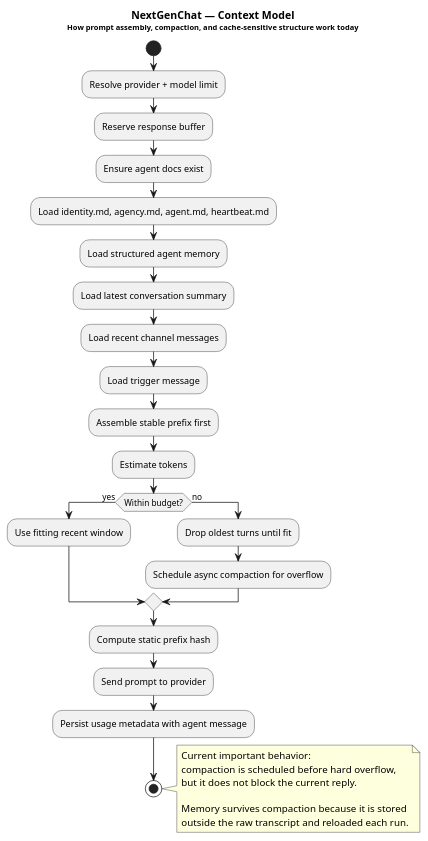
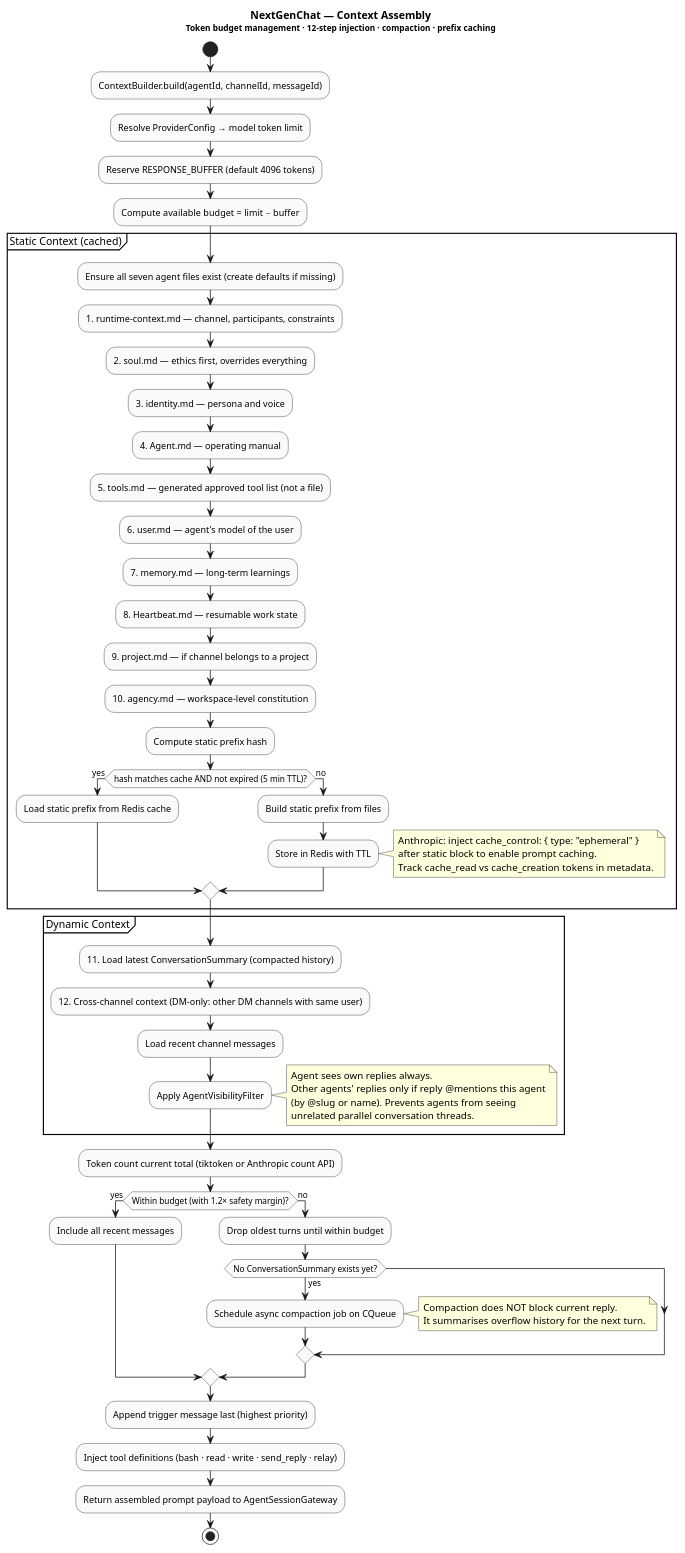
Before and after one commit to AmmarAlasad/NextGenChat: the sixth of 8 diagrams in architecture.puml, drawn with PlantUML. The commit also changed other lines of this file and 2 other files, not shown here.

```diff
--- a/architecture.puml
+++ b/architecture.puml
@@ -178,37 +548,73 @@
-@startuml ContextModel
-title <b>NextGenChat — Context Model</b>\n<size:10>How prompt assembly, compaction, and cache-sensitive structure work today</size>
+@startuml ContextAssembly
+title <b>NextGenChat — Context Assembly</b>\n<size:11>Token budget management · 12-step injection · compaction · prefix caching</size>
+skinparam defaultFontName Helvetica
+skinparam ActivityBackgroundColor #FAFAFA
+
 start
 
-:Resolve provider + model limit;
-:Reserve response buffer;
-:Ensure agent docs exist;
-:Load identity.md, agency.md, agent.md, heartbeat.md;
-:Load structured agent memory;
-:Load latest conversation summary;
-:Load recent channel messages;
-:Load trigger message;
-:Assemble stable prefix first;
-:Estimate tokens;
+:ContextBuilder.build(agentId, channelId, messageId);
+:Resolve ProviderConfig → model token limit;
+:Reserve RESPONSE_BUFFER (default 4096 tokens);
+:Compute available budget = limit − buffer;
 
-if (Within budget?) then (yes)
-  :Use fitting recent window;
+group "Static Context (cached)" {
+  :Ensure all seven agent files exist (create defaults if missing);
+
+  :1. runtime-context.md — channel, participants, constraints;
+  :2. soul.md — ethics first, overrides everything;
+  :3. identity.md — persona and voice;
+  :4. Agent.md — operating manual;
+  :5. tools.md — generated approved tool list (not a file);
+  :6. user.md — agent's model of the user;
+  :7. memory.md — long-term learnings;
+  :8. Heartbeat.md — resumable work state;
+  :9. project.md — if channel belongs to a project;
+  :10. agency.md — workspace-level constitution;
+  :Compute static prefix hash;
+  if (hash matches cache AND not expired (5 min TTL)?) then (yes)
+    :Load static prefix from Redis cache;
+  else (no)
+    :Build static prefix from files;
+    :Store in Redis with TTL;
+    note right
+      Anthropic: inject cache_control: { type: "ephemeral" }
+      after static block to enable prompt caching.
+      Track cache_read vs cache_creation tokens in metadata.
+    end note
+  endif
+}
+
+group "Dynamic Context" {
+  :11. Load latest ConversationSummary (compacted history);
+  :12. Cross-channel context (DM-only: other DM channels with same user);
+  :Load recent channel messages;
+  :Apply AgentVisibilityFilter;
+  note right
+    Agent sees own replies always.
+    Other agents' replies only if reply @mentions this agent
+    (by @slug or name). Prevents agents from seeing
+    unrelated parallel conversation threads.
+  end note
+}
+
+:Token count current total (tiktoken or Anthropic count API);
+
+if (Within budget (with 1.2× safety margin)?) then (yes)
+  :Include all recent messages;
 else (no)
-  :Drop oldest turns until fit;
-  :Schedule async compaction for overflow;
+  :Drop oldest turns until within budget;
+  if (No ConversationSummary exists yet?) then (yes)
+    :Schedule async compaction job on CQueue;
+    note right
+      Compaction does NOT block current reply.
+      It summarises overflow history for the next turn.
+    end note
+  endif
 endif
 
-:Compute static prefix hash;
-:Send prompt to provider;
-:Persist usage metadata with agent message;
+:Append trigger message last (highest priority);
+:Inject tool definitions (bash · read · write · send_reply · relay);
+:Return assembled prompt payload to AgentSessionGateway;
 stop
 
-note right
-  Current important behavior:
-  compaction is scheduled before hard overflow,
-  but it does not block the current reply.
-
-  Memory survives compaction because it is stored
-  outside the raw transcript and reloaded each run.
-end note
-
 @enduml
```
